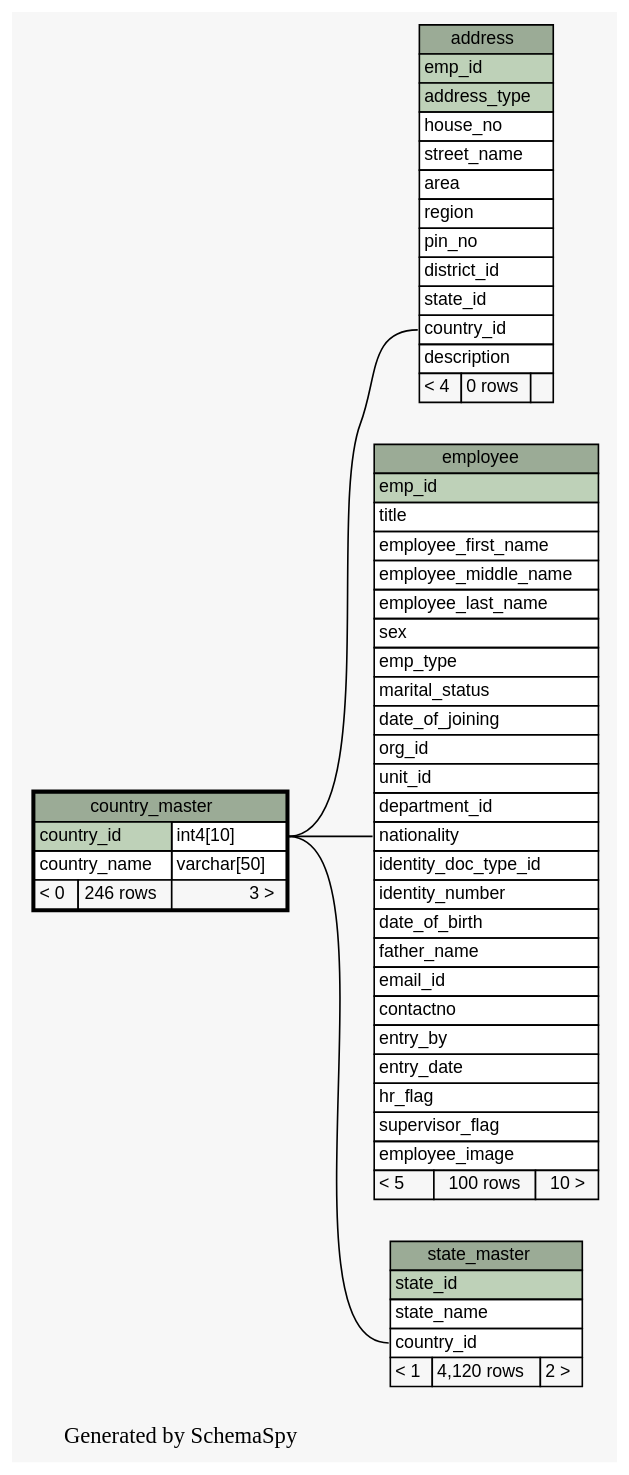
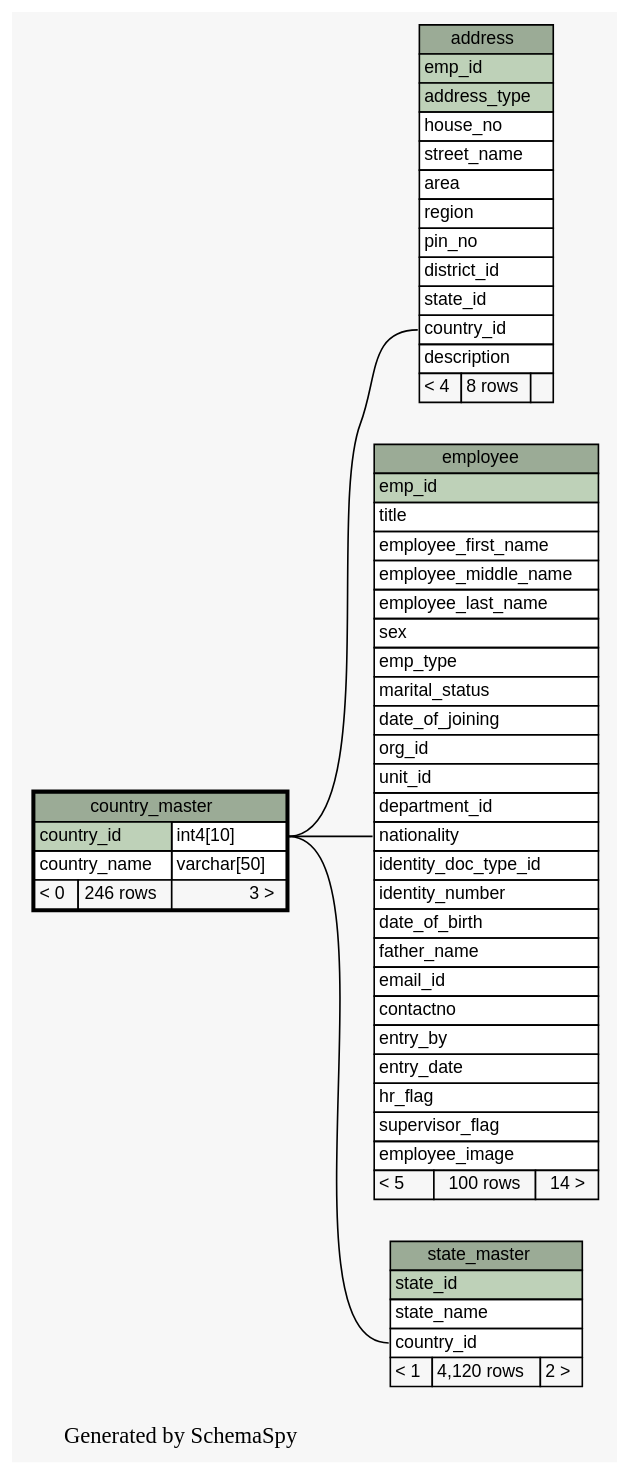
One commit to engineerscraft/hrms changed the diagram in docs/database/schemaspy/graphs/country_master.1degree.dot. Above: the diagram before and after it, drawn with Graphviz. The commit also changed 235 other files, not shown here.

Commit message:
Updated schemaspy

```diff
--- a/docs/database/schemaspy/graphs/country_master.1degree.dot
+++ b/docs/database/schemaspy/graphs/country_master.1degree.dot
@@ -1,96 +1,96 @@
-// dot 2.38.0 on Windows 7 6.1
+// dot 2.38.0 on Windows 8.1 6.3
 digraph "oneDegreeRelationshipsGraph" {
   graph [
     rankdir="RL"
     bgcolor="#f7f7f7"
     label="\nGenerated by SchemaSpy"
     labeljust="l"
   ];
   node [
     fontname="Helvetica"
     fontsize="11"
     shape="plaintext"
   ];
   edge [
     arrowsize="0.8"
   ];
   "address":"country_id":w -> "country_master":"country_id.type":e [arrowtail=crowodot arrowhead=none];
   "employee":"nationality":w -> "country_master":"country_id.type":e [arrowtail=crowodot arrowhead=none];
   "state_master":"country_id":w -> "country_master":"country_id.type":e [arrowtail=crowodot arrowhead=none];
   "address" [
     label=<
     <TABLE BORDER="0" CELLBORDER="1" CELLSPACING="0" BGCOLOR="#ffffff">
       <TR><TD PORT="address.heading" COLSPAN="3" BGCOLOR="#9bab96" ALIGN="CENTER">address</TD></TR>
       <TR><TD PORT="emp_id" COLSPAN="3" BGCOLOR="#bed1b8" ALIGN="LEFT">emp_id</TD></TR>
       <TR><TD PORT="address_type" COLSPAN="3" BGCOLOR="#bed1b8" ALIGN="LEFT">address_type</TD></TR>
       <TR><TD PORT="house_no" COLSPAN="3" ALIGN="LEFT">house_no</TD></TR>
       <TR><TD PORT="street_name" COLSPAN="3" ALIGN="LEFT">street_name</TD></TR>
       <TR><TD PORT="area" COLSPAN="3" ALIGN="LEFT">area</TD></TR>
       <TR><TD PORT="region" COLSPAN="3" ALIGN="LEFT">region</TD></TR>
       <TR><TD PORT="pin_no" COLSPAN="3" ALIGN="LEFT">pin_no</TD></TR>
       <TR><TD PORT="district_id" COLSPAN="3" ALIGN="LEFT">district_id</TD></TR>
       <TR><TD PORT="state_id" COLSPAN="3" ALIGN="LEFT">state_id</TD></TR>
       <TR><TD PORT="country_id" COLSPAN="3" ALIGN="LEFT">country_id</TD></TR>
       <TR><TD PORT="description" COLSPAN="3" ALIGN="LEFT">description</TD></TR>
-      <TR><TD ALIGN="LEFT" BGCOLOR="#f7f7f7">&lt; 4</TD><TD ALIGN="RIGHT" BGCOLOR="#f7f7f7">0 rows</TD><TD ALIGN="RIGHT" BGCOLOR="#f7f7f7">  </TD></TR>
+      <TR><TD ALIGN="LEFT" BGCOLOR="#f7f7f7">&lt; 4</TD><TD ALIGN="RIGHT" BGCOLOR="#f7f7f7">8 rows</TD><TD ALIGN="RIGHT" BGCOLOR="#f7f7f7">  </TD></TR>
     </TABLE>>
     URL="address.html#graph"
     tooltip="address"
   ];
   "country_master" [
     label=<
     <TABLE BORDER="2" CELLBORDER="1" CELLSPACING="0" BGCOLOR="#ffffff">
       <TR><TD PORT="country_master.heading" COLSPAN="3" BGCOLOR="#9bab96" ALIGN="CENTER">country_master</TD></TR>
       <TR><TD PORT="country_id" COLSPAN="2" BGCOLOR="#bed1b8" ALIGN="LEFT">country_id</TD><TD PORT="country_id.type" ALIGN="LEFT">int4[10]</TD></TR>
       <TR><TD PORT="country_name" COLSPAN="2" ALIGN="LEFT">country_name</TD><TD PORT="country_name.type" ALIGN="LEFT">varchar[50]</TD></TR>
       <TR><TD ALIGN="LEFT" BGCOLOR="#f7f7f7">&lt; 0</TD><TD ALIGN="RIGHT" BGCOLOR="#f7f7f7">246 rows</TD><TD ALIGN="RIGHT" BGCOLOR="#f7f7f7">3 &gt;</TD></TR>
     </TABLE>>
     URL="country_master.html#"
     tooltip="country_master"
   ];
   "employee" [
     label=<
     <TABLE BORDER="0" CELLBORDER="1" CELLSPACING="0" BGCOLOR="#ffffff">
       <TR><TD PORT="employee.heading" COLSPAN="3" BGCOLOR="#9bab96" ALIGN="CENTER">employee</TD></TR>
       <TR><TD PORT="emp_id" COLSPAN="3" BGCOLOR="#bed1b8" ALIGN="LEFT">emp_id</TD></TR>
       <TR><TD PORT="title" COLSPAN="3" ALIGN="LEFT">title</TD></TR>
       <TR><TD PORT="employee_first_name" COLSPAN="3" ALIGN="LEFT">employee_first_name</TD></TR>
       <TR><TD PORT="employee_middle_name" COLSPAN="3" ALIGN="LEFT">employee_middle_name</TD></TR>
       <TR><TD PORT="employee_last_name" COLSPAN="3" ALIGN="LEFT">employee_last_name</TD></TR>
       <TR><TD PORT="sex" COLSPAN="3" ALIGN="LEFT">sex</TD></TR>
       <TR><TD PORT="emp_type" COLSPAN="3" ALIGN="LEFT">emp_type</TD></TR>
       <TR><TD PORT="marital_status" COLSPAN="3" ALIGN="LEFT">marital_status</TD></TR>
       <TR><TD PORT="date_of_joining" COLSPAN="3" ALIGN="LEFT">date_of_joining</TD></TR>
       <TR><TD PORT="org_id" COLSPAN="3" ALIGN="LEFT">org_id</TD></TR>
       <TR><TD PORT="unit_id" COLSPAN="3" ALIGN="LEFT">unit_id</TD></TR>
       <TR><TD PORT="department_id" COLSPAN="3" ALIGN="LEFT">department_id</TD></TR>
       <TR><TD PORT="nationality" COLSPAN="3" ALIGN="LEFT">nationality</TD></TR>
       <TR><TD PORT="identity_doc_type_id" COLSPAN="3" ALIGN="LEFT">identity_doc_type_id</TD></TR>
       <TR><TD PORT="identity_number" COLSPAN="3" ALIGN="LEFT">identity_number</TD></TR>
       <TR><TD PORT="date_of_birth" COLSPAN="3" ALIGN="LEFT">date_of_birth</TD></TR>
       <TR><TD PORT="father_name" COLSPAN="3" ALIGN="LEFT">father_name</TD></TR>
       <TR><TD PORT="email_id" COLSPAN="3" ALIGN="LEFT">email_id</TD></TR>
       <TR><TD PORT="contactno" COLSPAN="3" ALIGN="LEFT">contactno</TD></TR>
       <TR><TD PORT="entry_by" COLSPAN="3" ALIGN="LEFT">entry_by</TD></TR>
       <TR><TD PORT="entry_date" COLSPAN="3" ALIGN="LEFT">entry_date</TD></TR>
       <TR><TD PORT="hr_flag" COLSPAN="3" ALIGN="LEFT">hr_flag</TD></TR>
       <TR><TD PORT="supervisor_flag" COLSPAN="3" ALIGN="LEFT">supervisor_flag</TD></TR>
       <TR><TD PORT="employee_image" COLSPAN="3" ALIGN="LEFT">employee_image</TD></TR>
-      <TR><TD ALIGN="LEFT" BGCOLOR="#f7f7f7">&lt; 5</TD><TD ALIGN="RIGHT" BGCOLOR="#f7f7f7">100 rows</TD><TD ALIGN="RIGHT" BGCOLOR="#f7f7f7">10 &gt;</TD></TR>
+      <TR><TD ALIGN="LEFT" BGCOLOR="#f7f7f7">&lt; 5</TD><TD ALIGN="RIGHT" BGCOLOR="#f7f7f7">100 rows</TD><TD ALIGN="RIGHT" BGCOLOR="#f7f7f7">14 &gt;</TD></TR>
     </TABLE>>
     URL="employee.html#graph"
     tooltip="employee"
   ];
   "state_master" [
     label=<
     <TABLE BORDER="0" CELLBORDER="1" CELLSPACING="0" BGCOLOR="#ffffff">
       <TR><TD PORT="state_master.heading" COLSPAN="3" BGCOLOR="#9bab96" ALIGN="CENTER">state_master</TD></TR>
       <TR><TD PORT="state_id" COLSPAN="3" BGCOLOR="#bed1b8" ALIGN="LEFT">state_id</TD></TR>
       <TR><TD PORT="state_name" COLSPAN="3" ALIGN="LEFT">state_name</TD></TR>
       <TR><TD PORT="country_id" COLSPAN="3" ALIGN="LEFT">country_id</TD></TR>
       <TR><TD ALIGN="LEFT" BGCOLOR="#f7f7f7">&lt; 1</TD><TD ALIGN="RIGHT" BGCOLOR="#f7f7f7">4,120 rows</TD><TD ALIGN="RIGHT" BGCOLOR="#f7f7f7">2 &gt;</TD></TR>
     </TABLE>>
     URL="state_master.html#graph"
     tooltip="state_master"
   ];
 }
```
